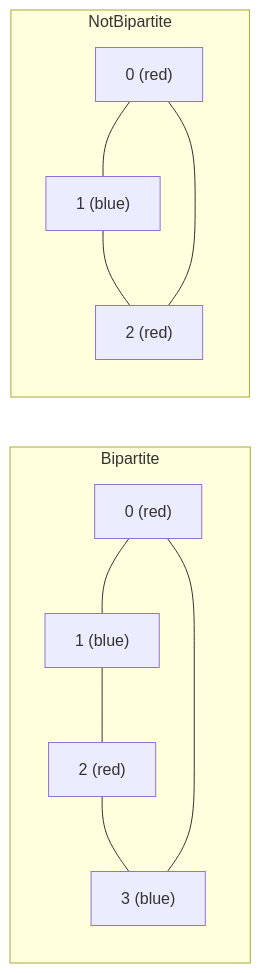
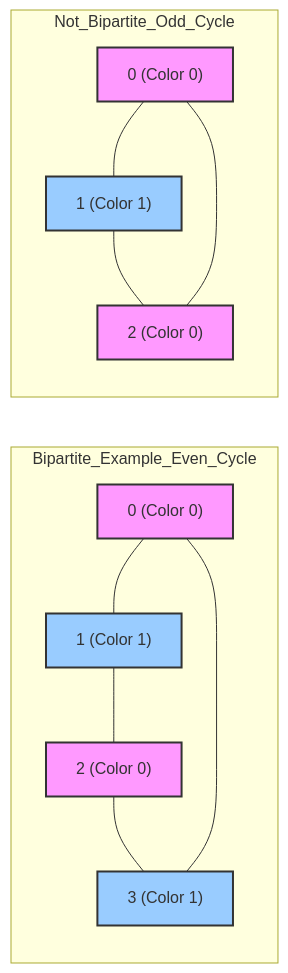
The diagram in practical_exam/q7_bipartite_bfs.md (Hike-12/CCP), drawn with Mermaid before and after one commit. The commit also changed other lines of this file and 17 other files, not shown here.

````diff
--- a/practical_exam/q7_bipartite_bfs.md
+++ b/practical_exam/q7_bipartite_bfs.md
@@ -73,9 +181,22 @@
 ```mermaid
 graph LR
-    subgraph Bipartite
-    A0["0 (red)"] --- A1["1 (blue)"] --- A2["2 (red)"] --- A3["3 (blue)"] --- A0
+    subgraph Bipartite_Example_Even_Cycle
+    A0["0 (Color 0)"] --- A1["1 (Color 1)"]
+    A1 --- A2["2 (Color 0)"]
+    A2 --- A3["3 (Color 1)"]
+    A3 --- A0
+    style A0 fill:#f9f,stroke:#333,stroke-width:2px
+    style A2 fill:#f9f,stroke:#333,stroke-width:2px
+    style A1 fill:#9cf,stroke:#333,stroke-width:2px
+    style A3 fill:#9cf,stroke:#333,stroke-width:2px
     end
-    subgraph NotBipartite
-    B0["0 (red)"] --- B1["1 (blue)"] --- B2["2 (red)"] --- B0
+    
+    subgraph Not_Bipartite_Odd_Cycle
+    B0["0 (Color 0)"] --- B1["1 (Color 1)"]
+    B1 --- B2["2 (Color 0)"]
+    B2 --- B0
+    style B0 fill:#f9f,stroke:#333,stroke-width:2px
+    style B2 fill:#f9f,stroke:#333,stroke-width:2px
+    style B1 fill:#9cf,stroke:#333,stroke-width:2px
     end
 ```
````
